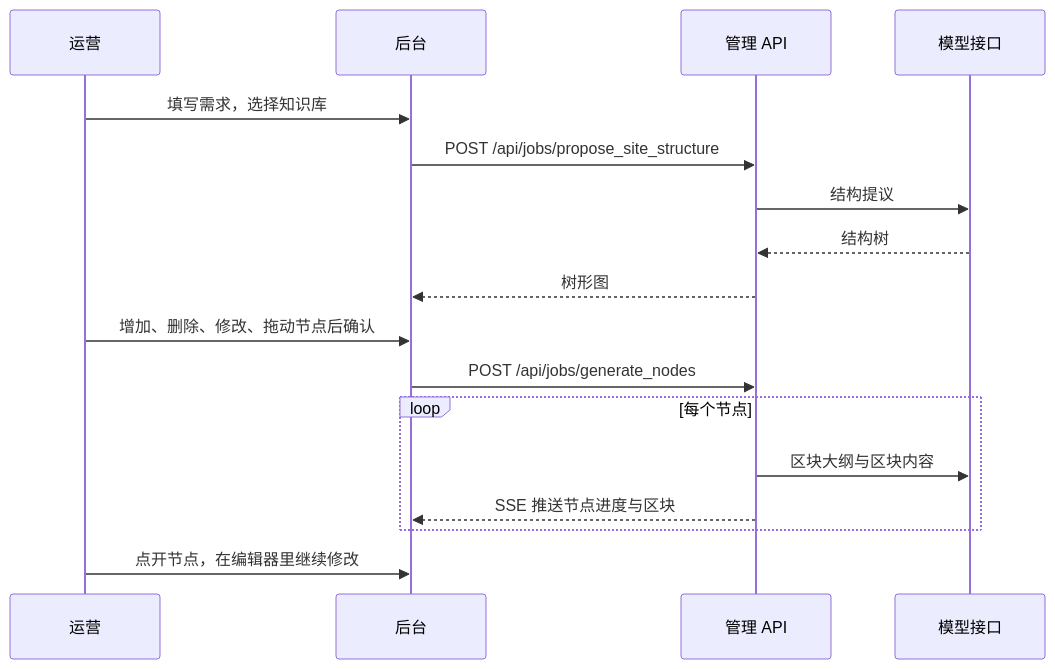
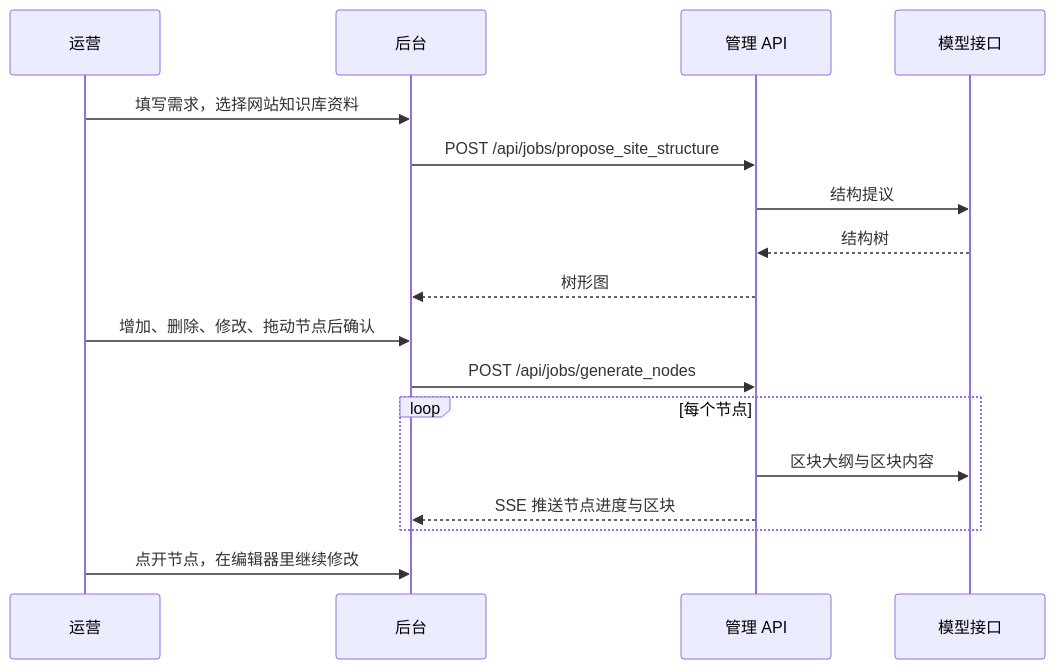
The diagram in docs/ai-generation.md (SeanLiangYoung/OLPS), drawn with Mermaid before and after one commit. The commit also changed other lines of this file and 27 other files, not shown here.

````diff
--- a/docs/ai-generation.md
+++ b/docs/ai-generation.md
@@ -34,20 +35,20 @@
 ```mermaid
 sequenceDiagram
   participant U as 运营
   participant Admin as 后台
   participant API as 管理 API
   participant AI as 模型接口
 
-  U->>Admin: 填写需求，选择知识库
+  U->>Admin: 填写需求，选择网站知识库资料
   Admin->>API: POST /api/jobs/propose_site_structure
   API->>AI: 结构提议
   AI-->>API: 结构树
   API-->>Admin: 树形图
   U->>Admin: 增加、删除、修改、拖动节点后确认
   Admin->>API: POST /api/jobs/generate_nodes
   loop 每个节点
     API->>AI: 区块大纲与区块内容
     API-->>Admin: SSE 推送节点进度与区块
   end
   U->>Admin: 点开节点，在编辑器里继续修改
 ```
````
